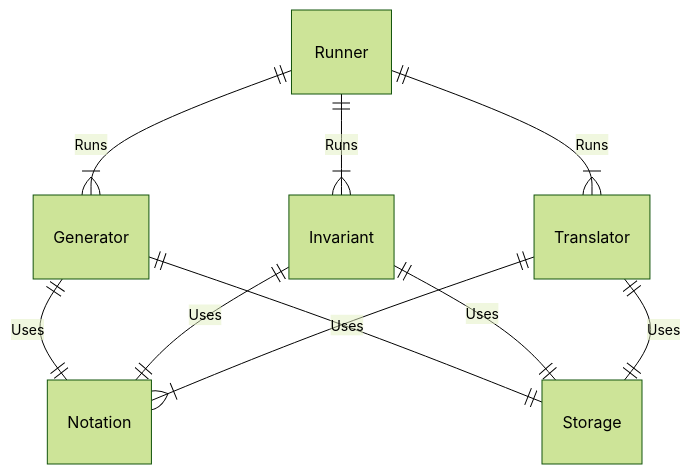
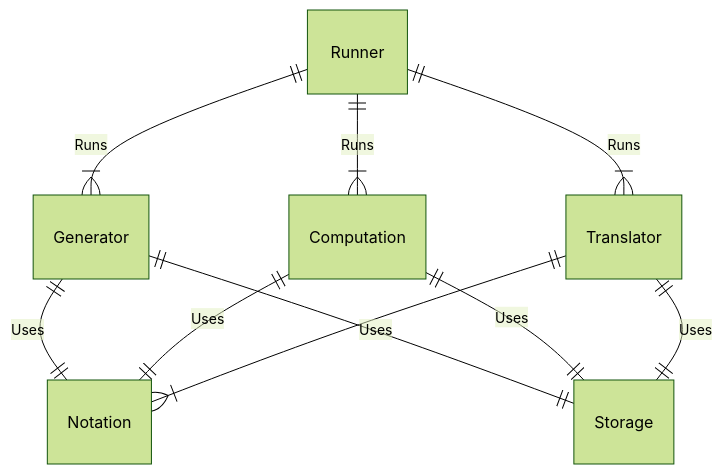
One commit to Uiowa-Applied-Topology/tanglenomicon_core_libraries changed the diagram in docs/design/Home.md. Above: the diagram before and after it, drawn with Mermaid (forest theme). The commit also changed other lines of this file and 5 other files, not shown here.

````diff
--- a/docs/design/Home.md
+++ b/docs/design/Home.md
@@ -4,12 +4,12 @@
 ```mermaid
 erDiagram
     Runner ||--|{ Generator : Runs
-    Runner ||--|{ Invariant : Runs
+    Runner ||--|{ Computation : Runs
     Runner ||--|{ Translator : Runs
 		Generator ||--||Notation : Uses
-		Invariant ||--||Notation : Uses
+		Computation ||--||Notation : Uses
 		Translator ||--|{ Notation : ""
 		Generator ||--||Storage : Uses
-		Invariant||--||Storage : Uses
+		Computation||--||Storage : Uses
 		Translator ||--|| Storage : Uses
 ```
````
